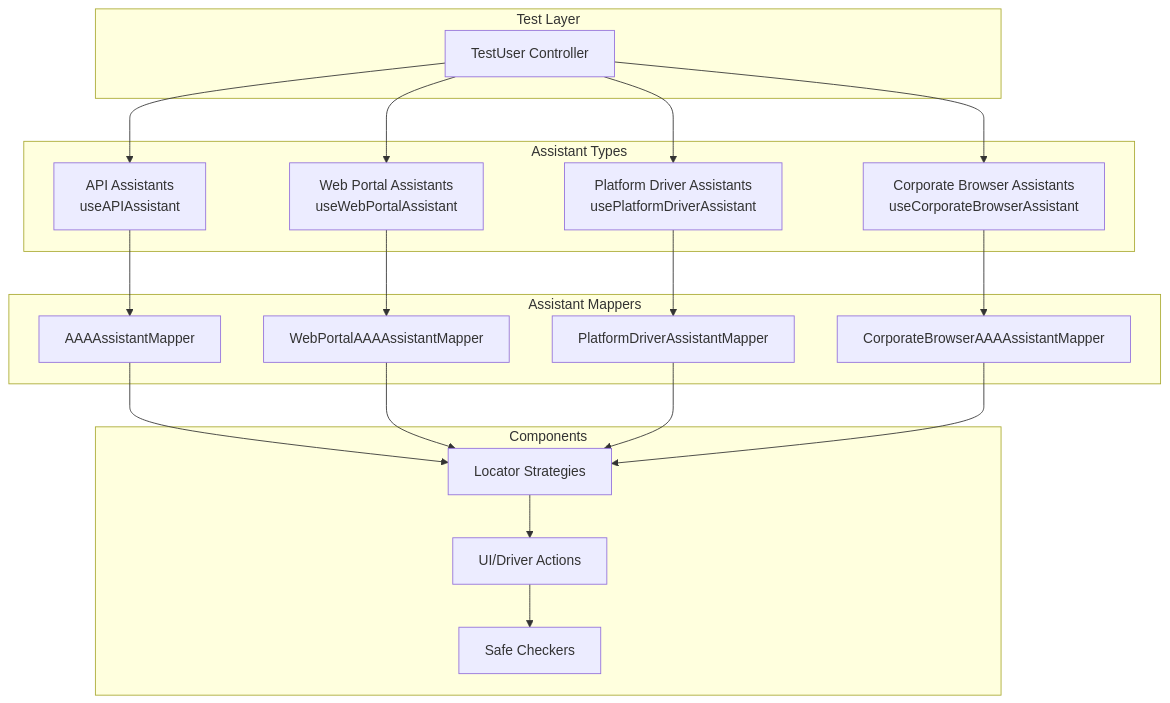
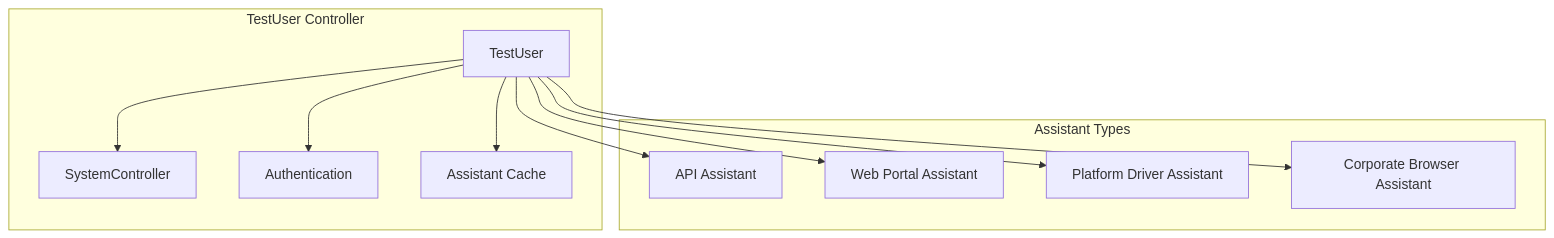
Before and after one commit to kzokv/automation-aaa: the first of 2 diagrams in docs/test-assistants.md, drawn with Mermaid. The commit also changed other lines of this file and 8 other files, not shown here.

Commit message:
docs: update test-assistants documentation

````diff
--- a/docs/test-assistants.md
+++ b/docs/test-assistants.md
@@ -9,44 +19,25 @@
 ```mermaid
 graph TB
-    subgraph "Test Layer"
-        TestUser[TestUser Controller]
+    subgraph "TestUser Controller"
+        TU[TestUser]
+        SC[SystemController]
+        Auth[Authentication]
+        Cache[Assistant Cache]
     end
     
     subgraph "Assistant Types"
-        API[API Assistants<br/>useAPIAssistant]
-        WebPortal[Web Portal Assistants<br/>useWebPortalAssistant]
-        Platform[Platform Driver Assistants<br/>usePlatformDriverAssistant]
-        Browser[Corporate Browser Assistants<br/>useCorporateBrowserAssistant]
+        API[API Assistant]
+        WebPortal[Web Portal Assistant]
+        Platform[Platform Driver Assistant]
+        Browser[Corporate Browser Assistant]
     end
     
-    subgraph "Assistant Mappers"
-        APIMapper[AAAAssistantMapper]
-        WebMapper[WebPortalAAAAssistantMapper]
-        PlatformMapper[PlatformDriverAssistantMapper]
-        BrowserMapper[CorporateBrowserAAAAssistantMapper]
-    end
+    TU --> SC
+    TU --> Auth
+    TU --> Cache
     
-    subgraph "Components"
-        Locators[Locator Strategies]
-        Actions[UI/Driver Actions]
-        Checkers[Safe Checkers]
-    end
-    
-    TestUser --> API
-    TestUser --> WebPortal
-    TestUser --> Platform
-    TestUser --> Browser
-    
-    API --> APIMapper
-    WebPortal --> WebMapper
-    Platform --> PlatformMapper
-    Browser --> BrowserMapper
-    
-    APIMapper --> Locators
-    WebMapper --> Locators
-    PlatformMapper --> Locators
-    BrowserMapper --> Locators
-    
-    Locators --> Actions
-    Actions --> Checkers
+    TU --> API
+    TU --> WebPortal
+    TU --> Platform
+    TU --> Browser
 ```
````
